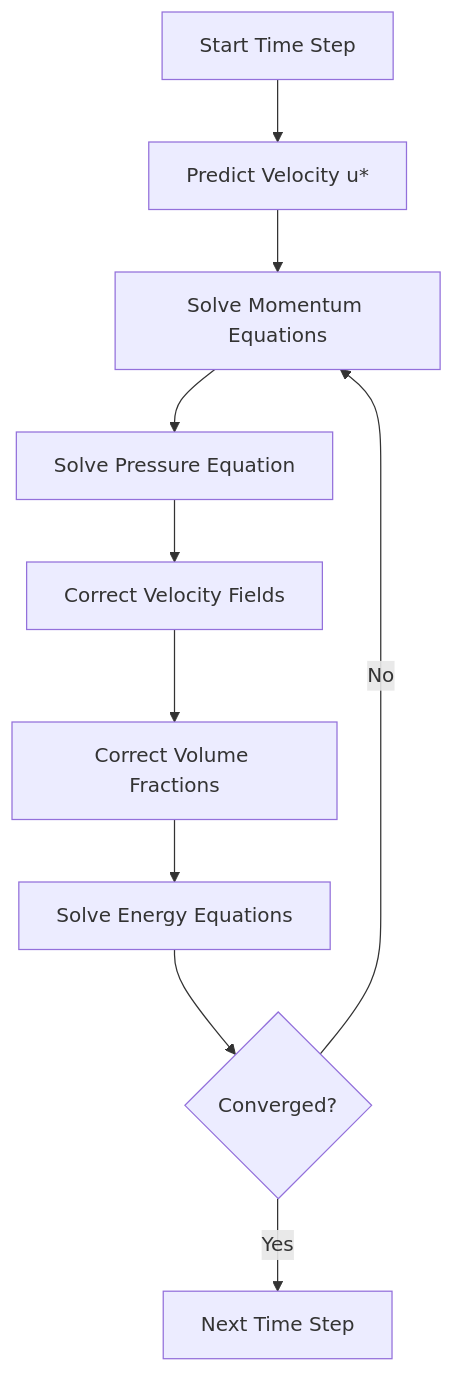
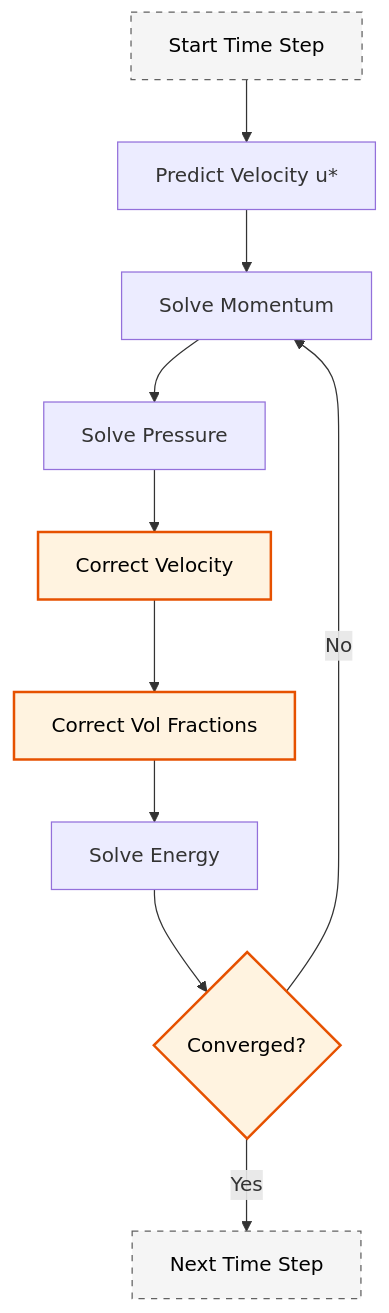
Before and after one commit to wramet/build-my-cfd: the first of 2 diagrams in MODULE_04_MULTIPHASE_FUNDAMENTALS/CONTENT/09_IMPLEMENTATION_ARCHITECTURE/01_Solver_Overview.md, drawn with Mermaid. The commit also changed other lines of this file and 313 other files, not shown here.

Commit message:
Revise all diagram

````diff
--- a/MODULE_04_MULTIPHASE_FUNDAMENTALS/CONTENT/09_IMPLEMENTATION_ARCHITECTURE/01_Solver_Overview.md
+++ b/MODULE_04_MULTIPHASE_FUNDAMENTALS/CONTENT/09_IMPLEMENTATION_ARCHITECTURE/01_Solver_Overview.md
@@ -128,12 +128,15 @@
 ```mermaid
 flowchart TD
-    A[Start Time Step] --> B[Predict Velocity u*]
-    B --> C[Solve Momentum Equations]
-    C --> D[Solve Pressure Equation]
-    D --> E[Correct Velocity Fields]
-    E --> F[Correct Volume Fractions]
-    F --> G[Solve Energy Equations]
-    G --> H{Converged?}
-    H -->|No| C
-    H -->|Yes| I[Next Time Step]
+classDef implicit fill:#e1f5fe,stroke:#01579b,stroke-width:2px,color:#000
+classDef explicit fill:#fff3e0,stroke:#e65100,stroke-width:2px,color:#000
+classDef context fill:#f5f5f5,stroke:#616161,stroke-width:1px,color:#000,stroke-dasharray: 5 5
+A[Start Time Step]:::context --> B[Predict Velocity u*]
+B --> C[Solve Momentum]
+C --> D[Solve Pressure]
+D --> E[Correct Velocity]:::explicit
+E --> F[Correct Vol Fractions]:::explicit
+F --> G[Solve Energy]
+G --> H{Converged?}:::explicit
+H -->|No| C
+H -->|Yes| I[Next Time Step]:::context
 ```
````
